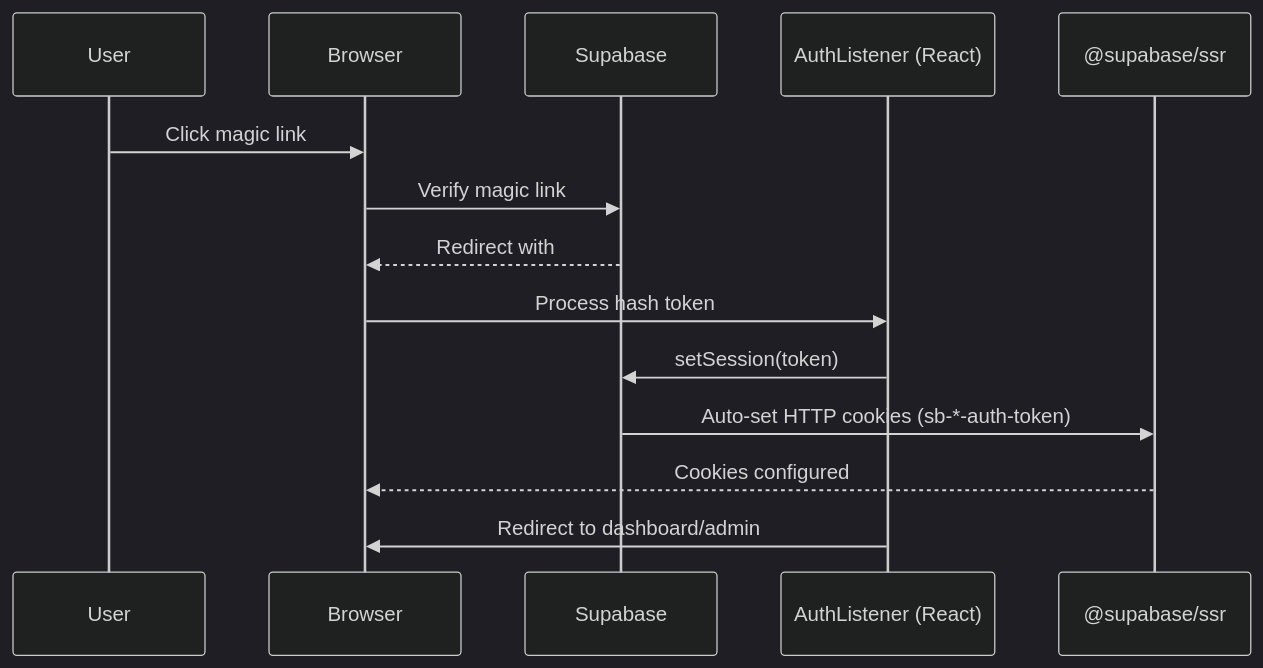
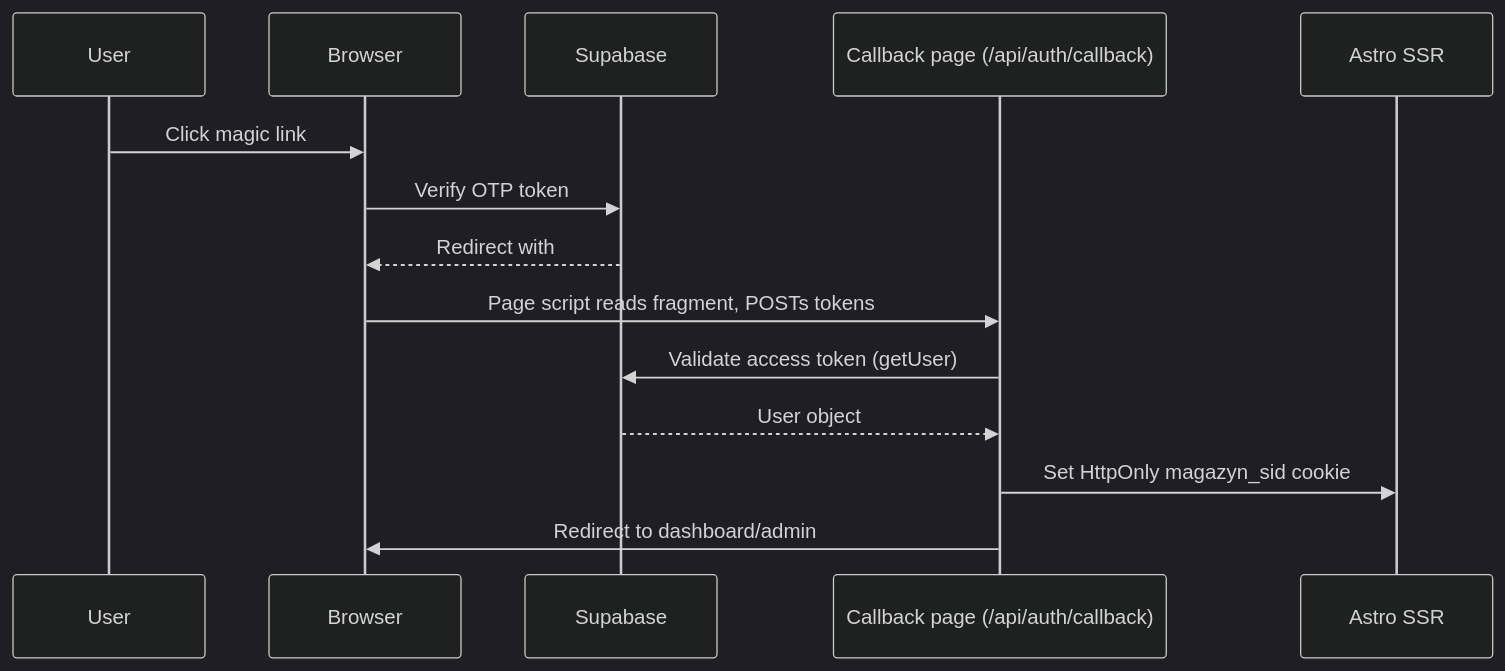
The second of 2 diagrams in documentation/flows/auth-flow.md (AKTK-Bystrze/Magazyn), drawn with Mermaid (dark theme) before and after one commit. The commit also changed other lines of this file and 59 other files, not shown here.

````diff
--- a/documentation/flows/auth-flow.md
+++ b/documentation/flows/auth-flow.md
@@ -52,17 +54,17 @@
 ```mermaid
 sequenceDiagram
     participant User
     participant Browser
     participant Supabase
-    participant AuthListener as AuthListener (React)
-    participant SSR as @supabase/ssr
+    participant Callback as Callback page (/api/auth/callback)
+    participant Astro as Astro SSR
 
     User->>Browser: Click magic link
-    Browser->>Supabase: Verify magic link
-    Supabase-->>Browser: Redirect with #access_token
-    Browser->>AuthListener: Process hash token
-    AuthListener->>Supabase: setSession(token)
-    Supabase->>SSR: Auto-set HTTP cookies (sb-*-auth-token)
-    SSR-->>Browser: Cookies configured
-    AuthListener->>Browser: Redirect to dashboard/admin
+    Browser->>Supabase: Verify OTP token
+    Supabase-->>Browser: Redirect with #access_token (fragment)
+    Browser->>Callback: Page script reads fragment, POSTs tokens
+    Callback->>Supabase: Validate access token (getUser)
+    Supabase-->>Callback: User object
+    Callback->>Astro: Set HttpOnly magazyn_sid cookie
+    Callback->>Browser: Redirect to dashboard/admin
 ```
````
